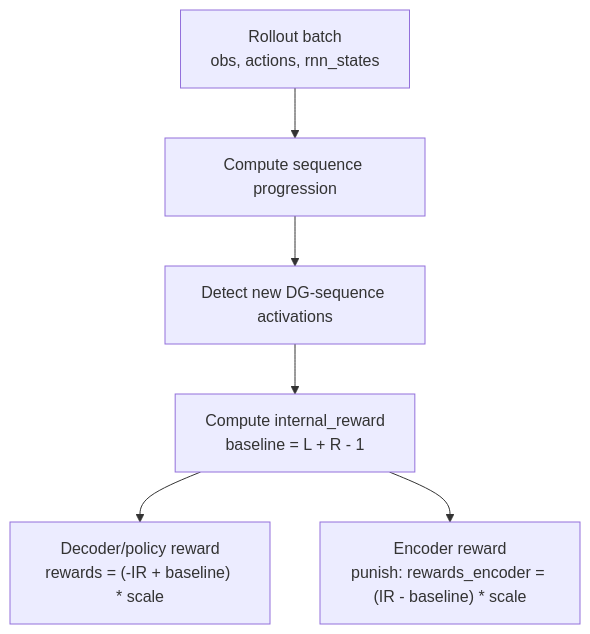
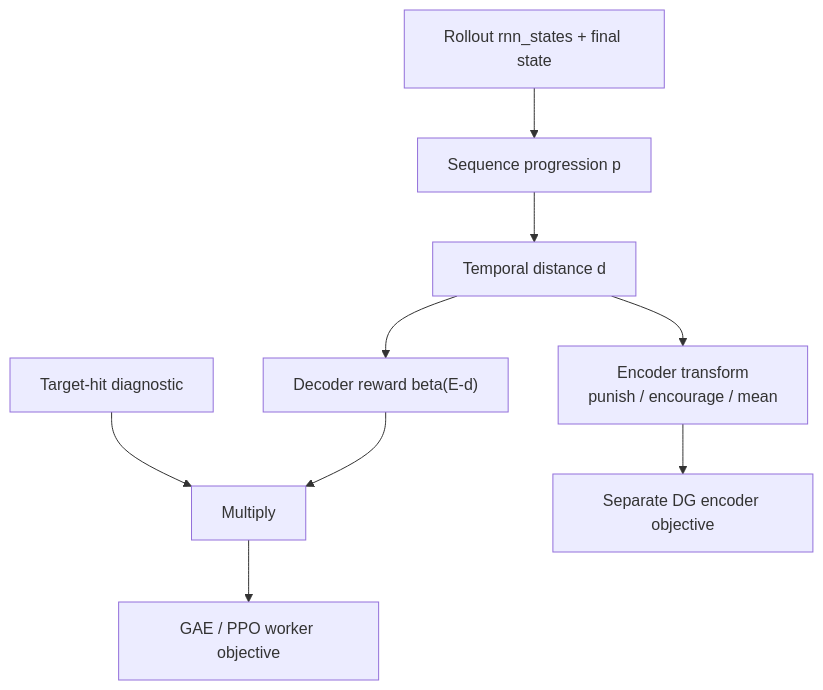
The fourth of 4 diagrams in 04_implementation/current_hrl_architecture_summary.md (xiaoxionglin/IntrMotiv), drawn with Mermaid before and after one commit. The commit also changed other lines of this file and 14 other files, not shown here.

Commit message:
docs: add IntrMotiv HRL architecture and batch records

````diff
--- a/04_implementation/current_hrl_architecture_summary.md
+++ b/04_implementation/current_hrl_architecture_summary.md
@@ -254,8 +591,11 @@
 ```mermaid
 flowchart TD
-    Batch["Rollout batch<br/>obs, actions, rnn_states"] --> Prog["Compute sequence progression"]
-    Prog --> NewAct["Detect new DG-sequence activations"]
-    NewAct --> IR["Compute internal_reward<br/>baseline = L + R - 1"]
-    IR --> DecRew["Decoder/policy reward<br/>rewards = (-IR + baseline) * scale"]
-    IR --> EncRew["Encoder reward<br/>punish: rewards_encoder = (IR - baseline) * scale"]
+    RNN["Rollout rnn_states + final state"] --> P["Sequence progression p"]
+    P --> DT["Temporal distance d"]
+    DT --> DR["Decoder reward beta(E-d)"]
+    HIT["Target-hit diagnostic"] --> GATE["Multiply"]
+    DR --> GATE
+    GATE --> GAE["GAE / PPO worker objective"]
+    DT --> ER["Encoder transform<br/>punish / encourage / mean"]
+    ER --> EL["Separate DG encoder objective"]
 ```
````
